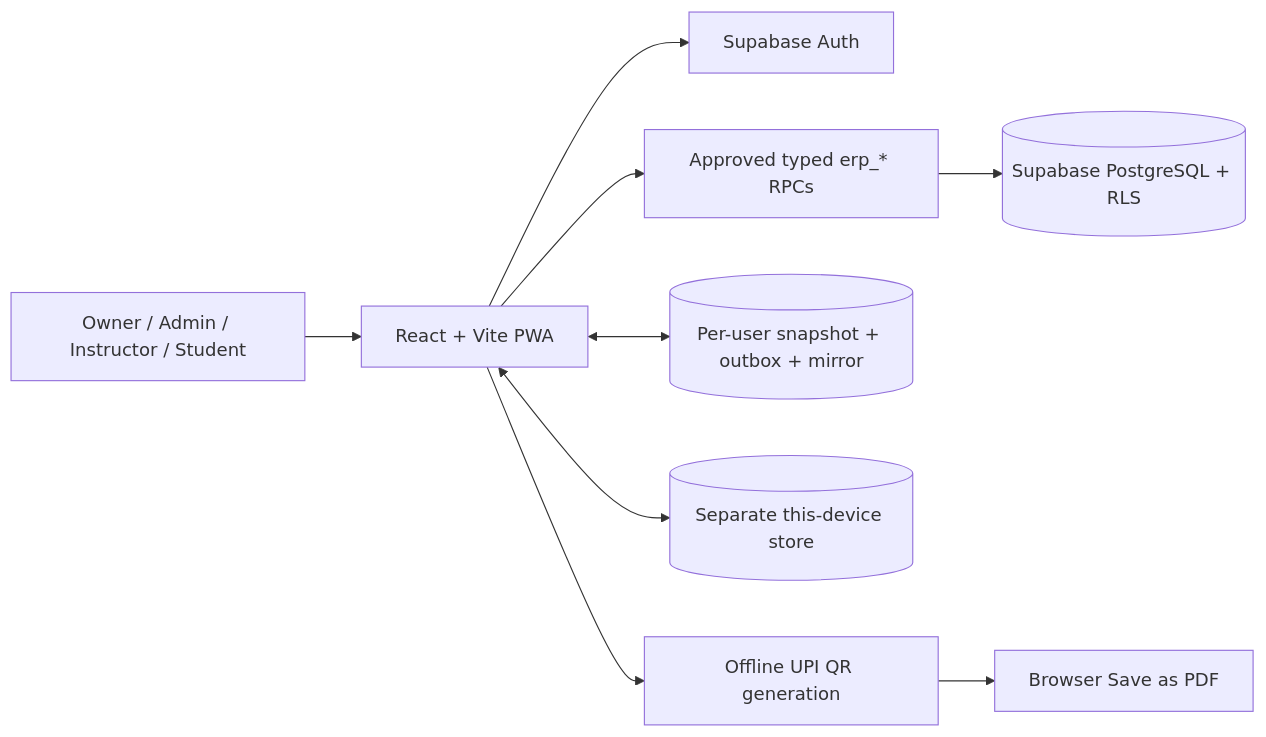
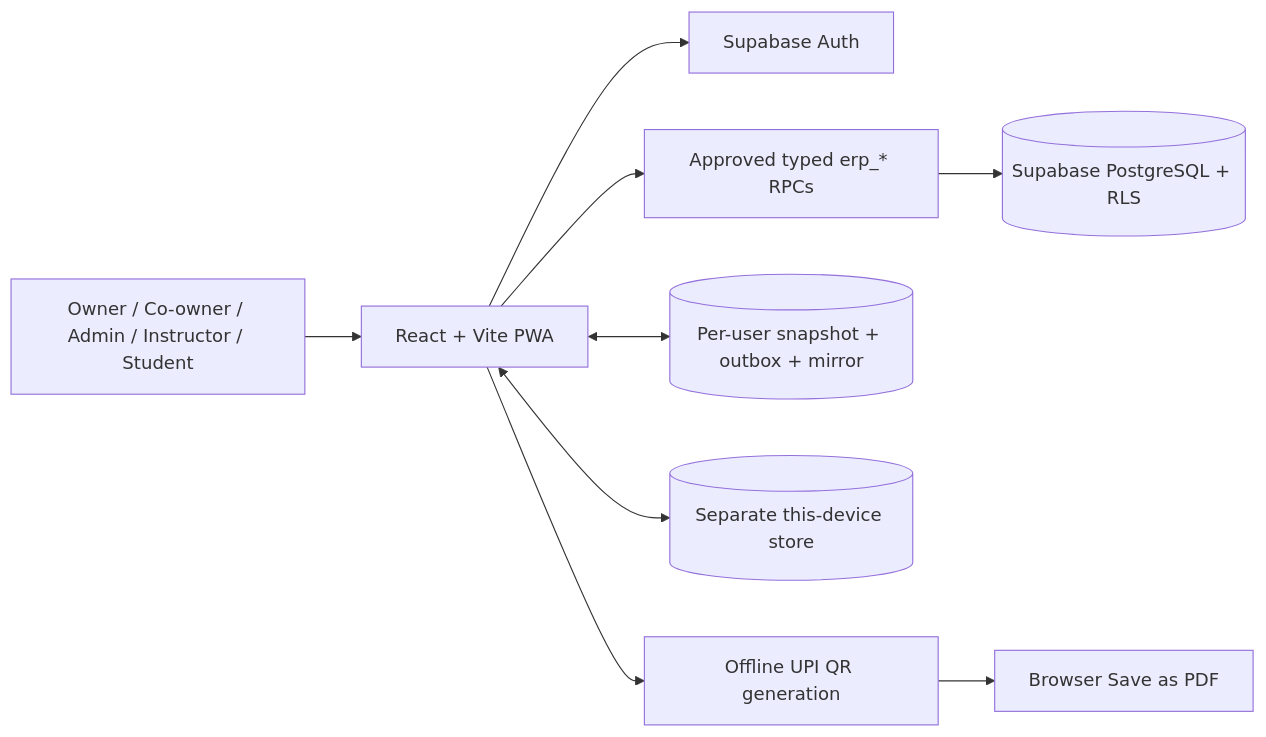
Before and after one commit to rajeshlande/yoga_studio: the diagram in README.md, drawn with Mermaid. The commit also changed other lines of this file and 13 other files, not shown here.

````diff
--- a/README.md
+++ b/README.md
@@ -228,11 +238,11 @@
 ```mermaid
 flowchart LR
-    User[Owner / Admin / Instructor / Student] --> PWA[React + Vite PWA]
+    User[Owner / Co-owner / Admin / Instructor / Student] --> PWA[React + Vite PWA]
     PWA --> Auth[Supabase Auth]
     PWA --> RPC[Approved typed erp_* RPCs]
     RPC --> DB[(Supabase PostgreSQL + RLS)]
     PWA <--> Sync[(Per-user snapshot + outbox + mirror)]
     PWA <--> Local[(Separate this-device store)]
     PWA --> QR[Offline UPI QR generation]
     QR --> PDF[Browser Save as PDF]
 ```
````
